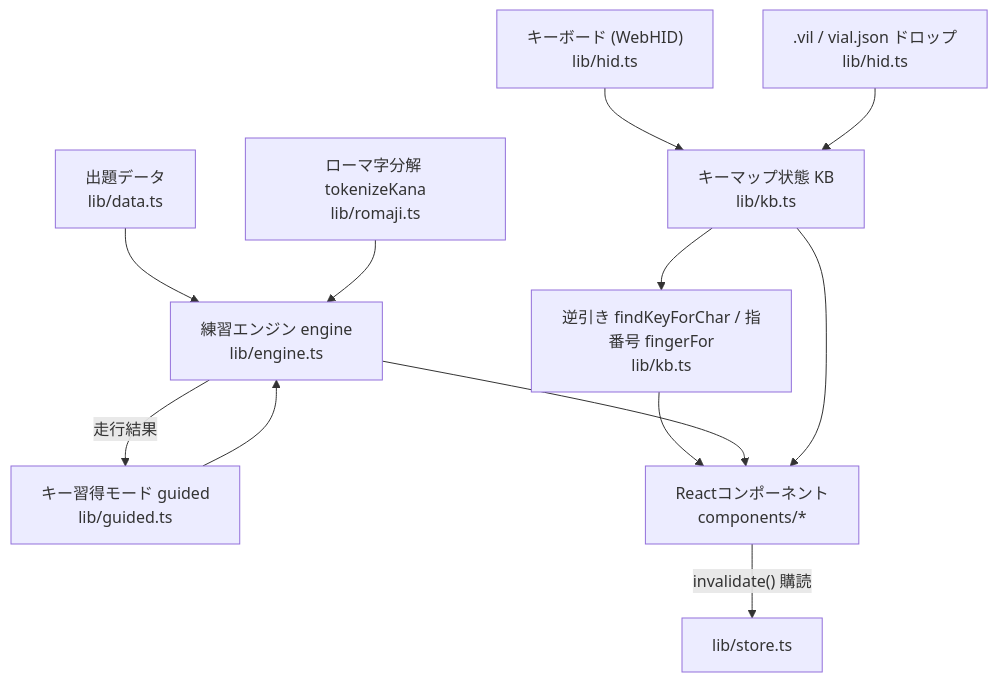
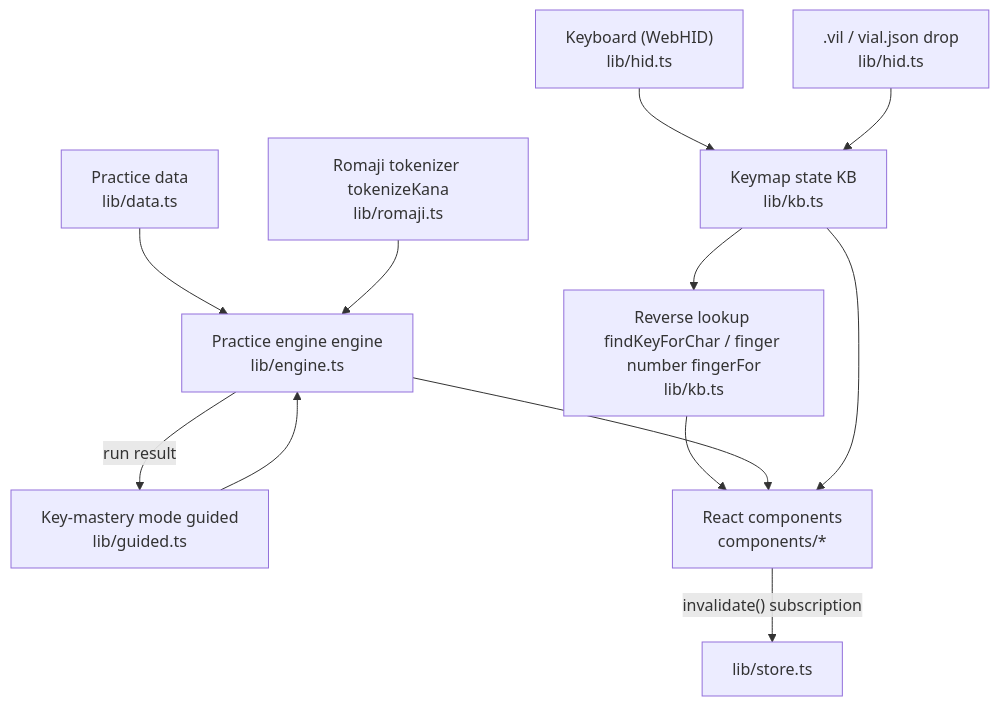
Before and after one commit to niw/vial-typing: the first of 4 diagrams in docs/app-overview.md, drawn with Mermaid. The commit also changed other lines of this file and 3 other files, not shown here.

````diff
--- a/docs/app-overview.md
+++ b/docs/app-overview.md
@@ -15,14 +19,14 @@
 ```mermaid
 flowchart TD
-  hid["キーボード (WebHID)<br>lib/hid.ts"] --> km["キーマップ状態 KB<br>lib/kb.ts"]
-  vil[".vil / vial.json ドロップ<br>lib/hid.ts"] --> km
-  km --> lookup["逆引き findKeyForChar / 指番号 fingerFor<br>lib/kb.ts"]
-  data["出題データ<br>lib/data.ts"] --> engine["練習エンジン engine<br>lib/engine.ts"]
-  romaji["ローマ字分解 tokenizeKana<br>lib/romaji.ts"] --> engine
-  guided["キー習得モード guided<br>lib/guided.ts"] --> engine
-  engine -- 走行結果 --> guided
+  hid["Keyboard (WebHID)<br>lib/hid.ts"] --> km["Keymap state KB<br>lib/kb.ts"]
+  vil[".vil / vial.json drop<br>lib/hid.ts"] --> km
+  km --> lookup["Reverse lookup findKeyForChar / finger number fingerFor<br>lib/kb.ts"]
+  data["Practice data<br>lib/data.ts"] --> engine["Practice engine engine<br>lib/engine.ts"]
+  romaji["Romaji tokenizer tokenizeKana<br>lib/romaji.ts"] --> engine
+  guided["Key-mastery mode guided<br>lib/guided.ts"] --> engine
+  engine -- "run result" --> guided
   lookup --> view
-  engine --> view["Reactコンポーネント<br>components/*"]
+  engine --> view["React components<br>components/*"]
   km --> view
-  view -- "invalidate() 購読" --> store["lib/store.ts"]
+  view -- "invalidate() subscription" --> store["lib/store.ts"]
 ```
````
